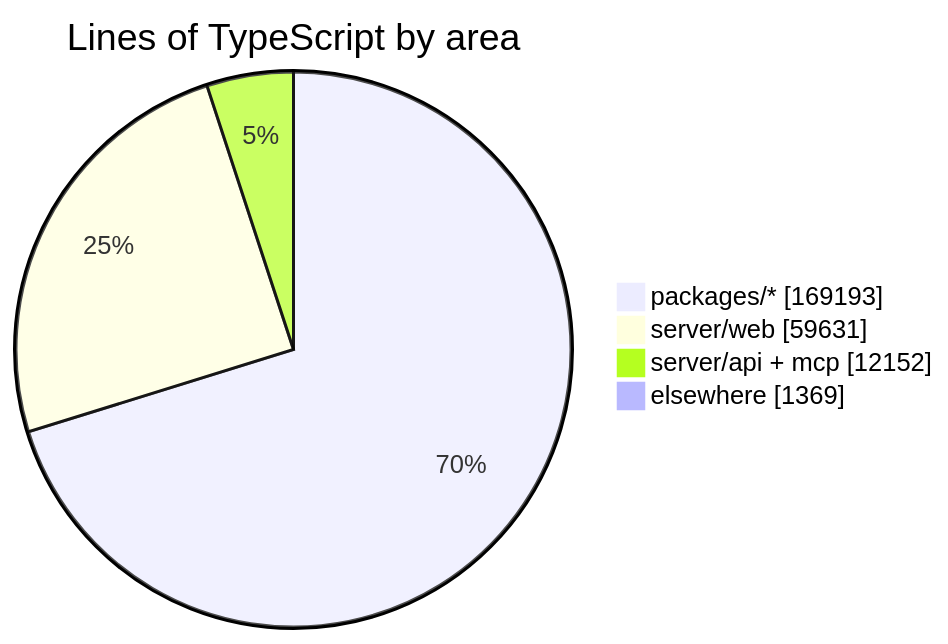
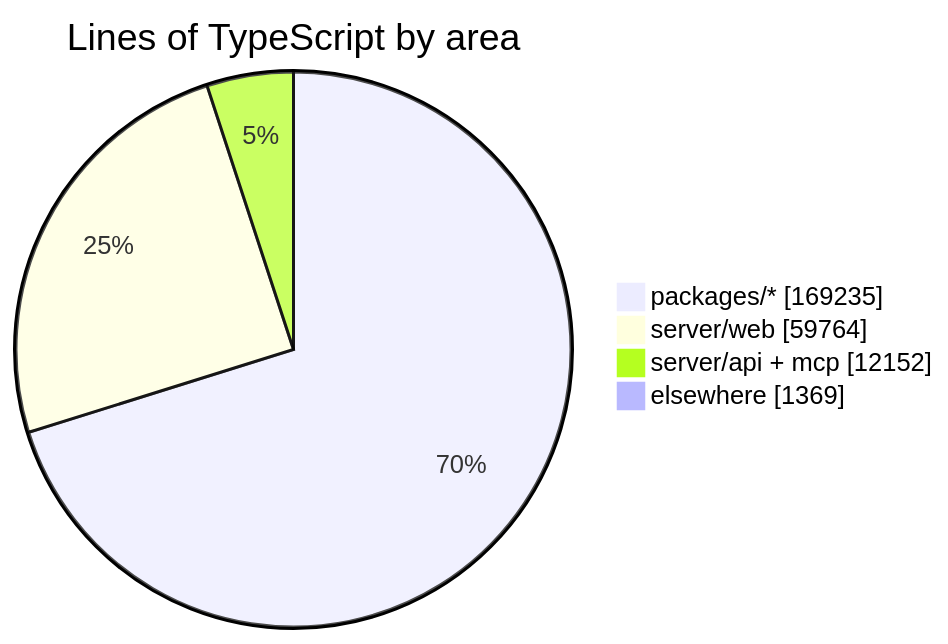
One commit to crossworks-engineering/mantle changed the diagram in README.md. Above: the diagram before and after it, drawn with Mermaid. The commit also changed other lines of this file and 2 other files, not shown here.

````diff
--- a/README.md
+++ b/README.md
@@ -279,7 +279,7 @@
 ```mermaid
 pie showData title Lines of TypeScript by area
-    "packages/*" : 169193
-    "server/web" : 59631
+    "packages/*" : 169235
+    "server/web" : 59764
     "server/api + mcp" : 12152
     "elsewhere" : 1369
 ```
````
